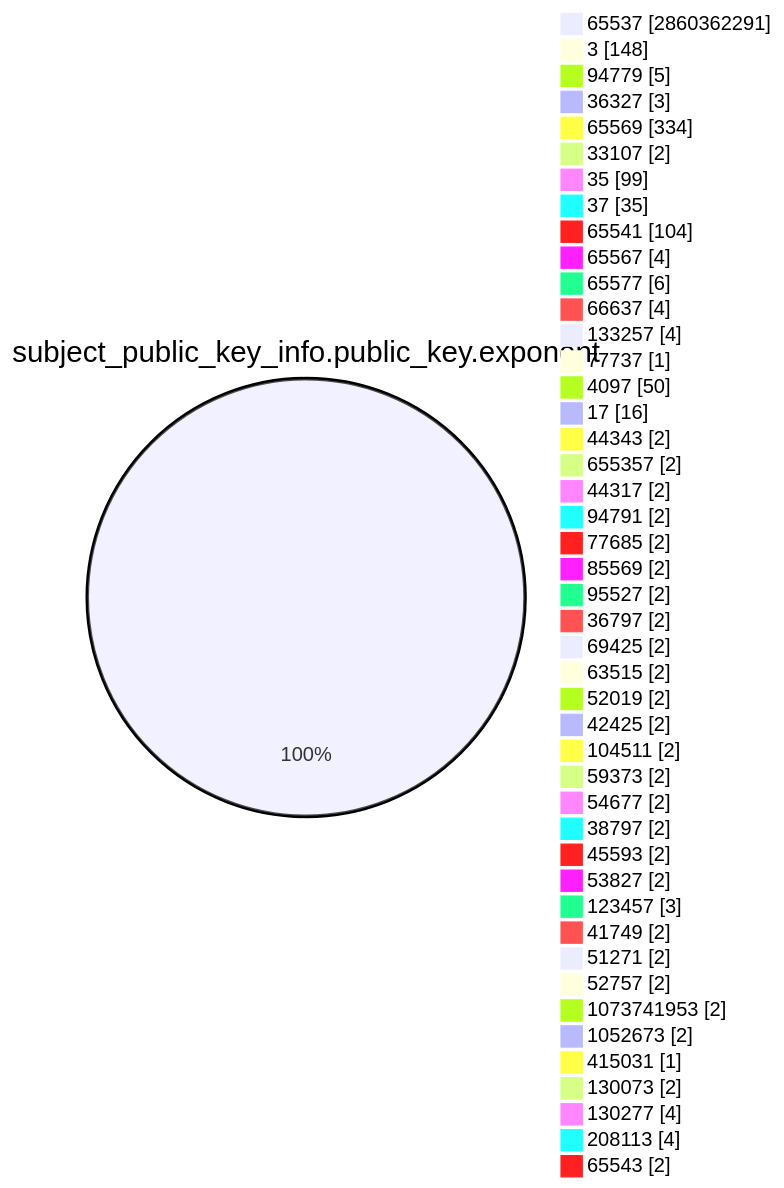
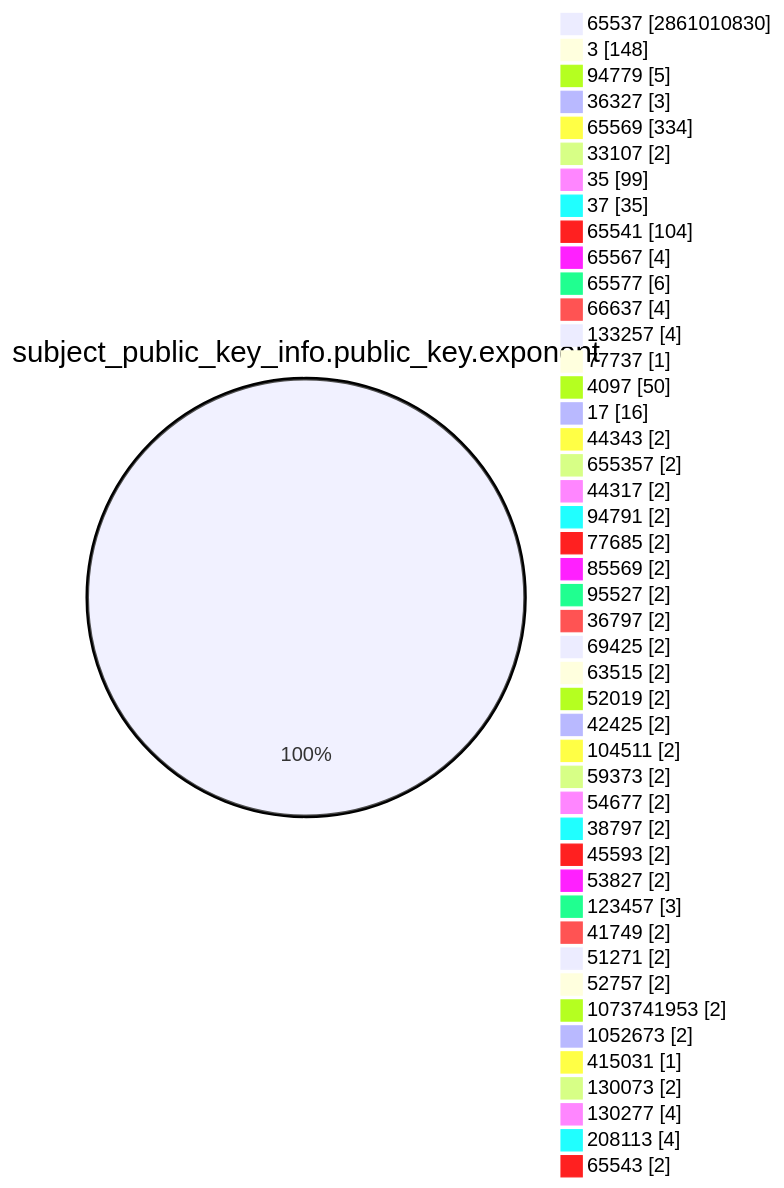
Before and after one commit to christiankrug/ctmonitor_visualization: the fourth of 15 diagrams in TOTAL/README.md, drawn with Mermaid. The commit also changed other lines of this file, not shown here.

````diff
--- a/TOTAL/README.md
+++ b/TOTAL/README.md
@@ -1468,49 +1468,49 @@
 ```mermaid
 pie showData
 title subject_public_key_info.public_key.exponent
-"65537" :2860362291
+"65537" :2861010830
 "3" :148
 "94779" :5
 "36327" :3
 "65569" :334
 "33107" :2
 "35" :99
 "37" :35
 "65541" :104
 "65567" :4
 "65577" :6
 "66637" :4
 "133257" :4
 "77737" :1
 "4097" :50
 "17" :16
 "44343" :2
 "655357" :2
 "44317" :2
 "94791" :2
 "77685" :2
 "85569" :2
 "95527" :2
 "36797" :2
 "69425" :2
 "63515" :2
 "52019" :2
 "42425" :2
 "104511" :2
 "59373" :2
 "54677" :2
 "38797" :2
 "45593" :2
 "53827" :2
 "123457" :3
 "41749" :2
 "51271" :2
 "52757" :2
 "1073741953" :2
 "1052673" :2
 "415031" :1
 "130073" :2
 "130277" :4
 "208113" :4
 "65543" :2
 ```
````
